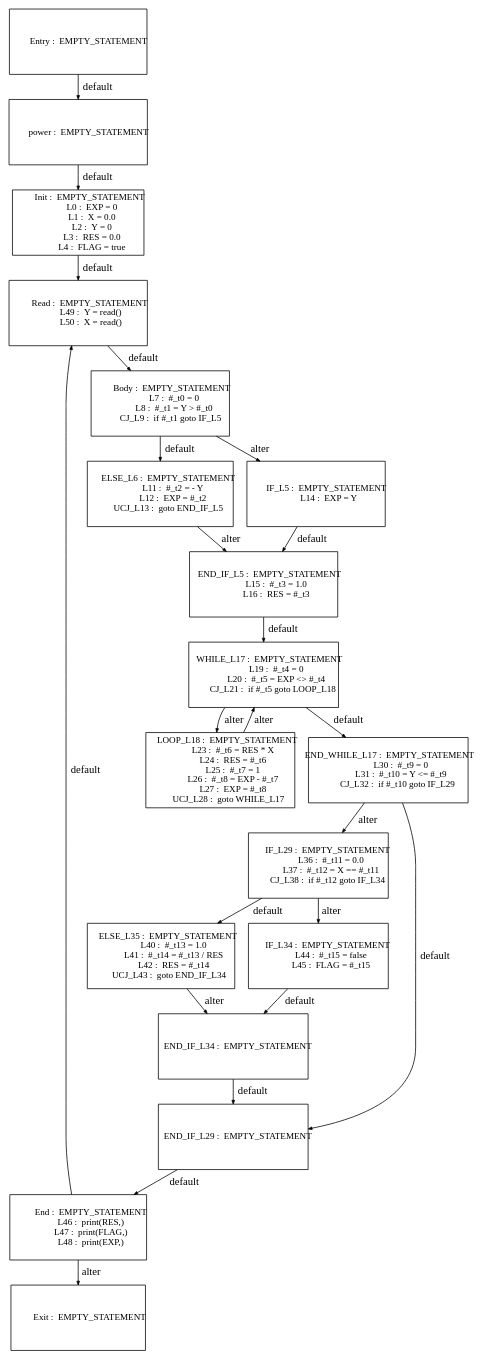
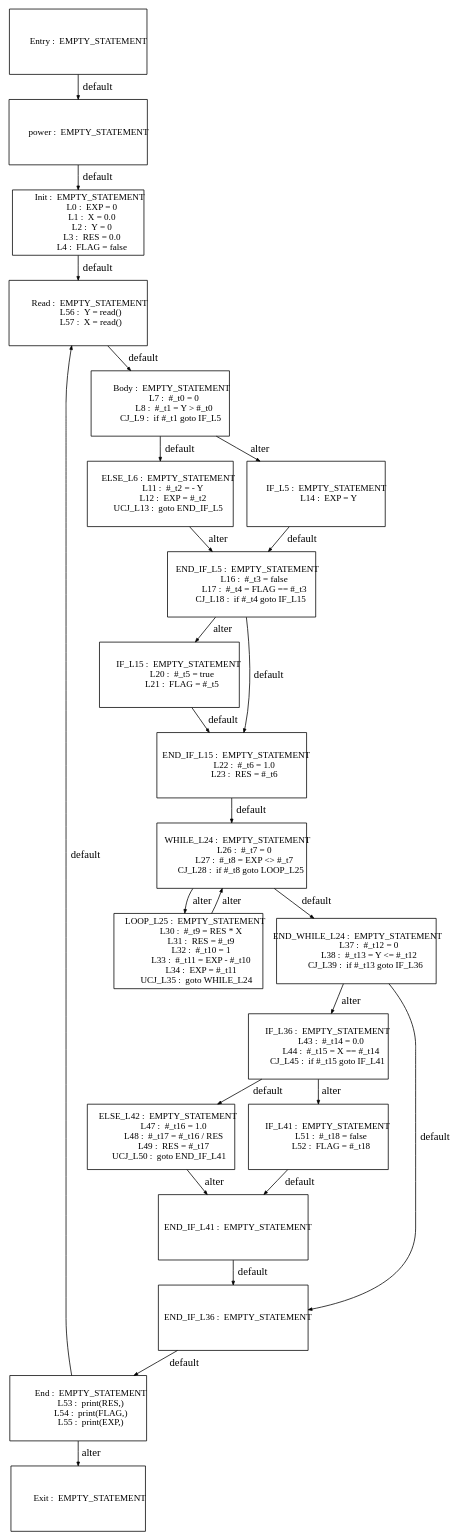
One commit to Geoffrey1014/ST_DSE changed the diagram in tests_programs/paper1_tests/power_output/Graph_CSE_0.dot. Above: the diagram before and after it, drawn with Graphviz. The commit also changed 26 other files, not shown here.

```diff
--- a/tests_programs/paper1_tests/power_output/Graph_CSE_0.dot
+++ b/tests_programs/paper1_tests/power_output/Graph_CSE_0.dot
@@ -9,7 +9,7 @@
              L1 :  X = 0.0
              L2 :  Y = 0
              L3 :  RES = 0.0
-             L4 :  FLAG = true
+             L4 :  FLAG = false
 "; "           Body :  EMPTY_STATEMENT
              L7 :  #_t0 = 0
              L8 :  #_t1 = Y > #_t0
@@ -21,46 +21,53 @@
 "; "          IF_L5 :  EMPTY_STATEMENT
             L14 :  EXP = Y
 "; "      END_IF_L5 :  EMPTY_STATEMENT
-            L15 :  #_t3 = 1.0
-            L16 :  RES = #_t3
-"; "      WHILE_L17 :  EMPTY_STATEMENT
-            L19 :  #_t4 = 0
-            L20 :  #_t5 = EXP <> #_t4
-         CJ_L21 :  if #_t5 goto LOOP_L18
-"; "       LOOP_L18 :  EMPTY_STATEMENT
-            L23 :  #_t6 = RES * X
-            L24 :  RES = #_t6
-            L25 :  #_t7 = 1
-            L26 :  #_t8 = EXP - #_t7
-            L27 :  EXP = #_t8
-        UCJ_L28 :  goto WHILE_L17
-"; "  END_WHILE_L17 :  EMPTY_STATEMENT
-            L30 :  #_t9 = 0
-            L31 :  #_t10 = Y <= #_t9
-         CJ_L32 :  if #_t10 goto IF_L29
-"; "         IF_L29 :  EMPTY_STATEMENT
-            L36 :  #_t11 = 0.0
-            L37 :  #_t12 = X == #_t11
-         CJ_L38 :  if #_t12 goto IF_L34
-"; "       ELSE_L35 :  EMPTY_STATEMENT
-            L40 :  #_t13 = 1.0
-            L41 :  #_t14 = #_t13 / RES
-            L42 :  RES = #_t14
-        UCJ_L43 :  goto END_IF_L34
-"; "         IF_L34 :  EMPTY_STATEMENT
-            L44 :  #_t15 = false
-            L45 :  FLAG = #_t15
-"; "     END_IF_L34 :  EMPTY_STATEMENT
-"; "     END_IF_L29 :  EMPTY_STATEMENT
+            L16 :  #_t3 = false
+            L17 :  #_t4 = FLAG == #_t3
+         CJ_L18 :  if #_t4 goto IF_L15
+"; "         IF_L15 :  EMPTY_STATEMENT
+            L20 :  #_t5 = true
+            L21 :  FLAG = #_t5
+"; "     END_IF_L15 :  EMPTY_STATEMENT
+            L22 :  #_t6 = 1.0
+            L23 :  RES = #_t6
+"; "      WHILE_L24 :  EMPTY_STATEMENT
+            L26 :  #_t7 = 0
+            L27 :  #_t8 = EXP <> #_t7
+         CJ_L28 :  if #_t8 goto LOOP_L25
+"; "       LOOP_L25 :  EMPTY_STATEMENT
+            L30 :  #_t9 = RES * X
+            L31 :  RES = #_t9
+            L32 :  #_t10 = 1
+            L33 :  #_t11 = EXP - #_t10
+            L34 :  EXP = #_t11
+        UCJ_L35 :  goto WHILE_L24
+"; "  END_WHILE_L24 :  EMPTY_STATEMENT
+            L37 :  #_t12 = 0
+            L38 :  #_t13 = Y <= #_t12
+         CJ_L39 :  if #_t13 goto IF_L36
+"; "         IF_L36 :  EMPTY_STATEMENT
+            L43 :  #_t14 = 0.0
+            L44 :  #_t15 = X == #_t14
+         CJ_L45 :  if #_t15 goto IF_L41
+"; "       ELSE_L42 :  EMPTY_STATEMENT
+            L47 :  #_t16 = 1.0
+            L48 :  #_t17 = #_t16 / RES
+            L49 :  RES = #_t17
+        UCJ_L50 :  goto END_IF_L41
+"; "         IF_L41 :  EMPTY_STATEMENT
+            L51 :  #_t18 = false
+            L52 :  FLAG = #_t18
+"; "     END_IF_L41 :  EMPTY_STATEMENT
+"; "     END_IF_L36 :  EMPTY_STATEMENT
 "; "          Entry :  EMPTY_STATEMENT
 "; "            End :  EMPTY_STATEMENT
-            L46 :  print(RES,)
-            L47 :  print(FLAG,)
-            L48 :  print(EXP,)
+            L53 :  print(RES,)
+            L54 :  print(FLAG,)
+            L55 :  print(EXP,)
+"; "           Read :  EMPTY_STATEMENT
+            L56 :  Y = read()
+            L57 :  X = read()
 "; "           Exit :  EMPTY_STATEMENT
-"; "           Read :  EMPTY_STATEMENT
-            L49 :  Y = read()
-            L50 :  X = read()
 "; 
   "          power :  EMPTY_STATEMENT
 " -> "           Init :  EMPTY_STATEMENT
@@ -68,17 +75,17 @@
              L1 :  X = 0.0
              L2 :  Y = 0
              L3 :  RES = 0.0
-             L4 :  FLAG = true
+             L4 :  FLAG = false
 "  [label="default"];
   "           Init :  EMPTY_STATEMENT
              L0 :  EXP = 0
              L1 :  X = 0.0
              L2 :  Y = 0
              L3 :  RES = 0.0
-             L4 :  FLAG = true
+             L4 :  FLAG = false
 " -> "           Read :  EMPTY_STATEMENT
-            L49 :  Y = read()
-            L50 :  X = read()
+            L56 :  Y = read()
+            L57 :  X = read()
 "  [label="default"];
   "           Body :  EMPTY_STATEMENT
              L7 :  #_t0 = 0
@@ -101,130 +108,155 @@
             L12 :  EXP = #_t2
         UCJ_L13 :  goto END_IF_L5
 " -> "      END_IF_L5 :  EMPTY_STATEMENT
-            L15 :  #_t3 = 1.0
-            L16 :  RES = #_t3
+            L16 :  #_t3 = false
+            L17 :  #_t4 = FLAG == #_t3
+         CJ_L18 :  if #_t4 goto IF_L15
 "  [label="alter"];
   "          IF_L5 :  EMPTY_STATEMENT
             L14 :  EXP = Y
 " -> "      END_IF_L5 :  EMPTY_STATEMENT
-            L15 :  #_t3 = 1.0
-            L16 :  RES = #_t3
+            L16 :  #_t3 = false
+            L17 :  #_t4 = FLAG == #_t3
+         CJ_L18 :  if #_t4 goto IF_L15
 "  [label="default"];
   "      END_IF_L5 :  EMPTY_STATEMENT
-            L15 :  #_t3 = 1.0
-            L16 :  RES = #_t3
-" -> "      WHILE_L17 :  EMPTY_STATEMENT
-            L19 :  #_t4 = 0
-            L20 :  #_t5 = EXP <> #_t4
-         CJ_L21 :  if #_t5 goto LOOP_L18
+            L16 :  #_t3 = false
+            L17 :  #_t4 = FLAG == #_t3
+         CJ_L18 :  if #_t4 goto IF_L15
+" -> "     END_IF_L15 :  EMPTY_STATEMENT
+            L22 :  #_t6 = 1.0
+            L23 :  RES = #_t6
 "  [label="default"];
-  "      WHILE_L17 :  EMPTY_STATEMENT
-            L19 :  #_t4 = 0
-            L20 :  #_t5 = EXP <> #_t4
-         CJ_L21 :  if #_t5 goto LOOP_L18
-" -> "  END_WHILE_L17 :  EMPTY_STATEMENT
-            L30 :  #_t9 = 0
-            L31 :  #_t10 = Y <= #_t9
-         CJ_L32 :  if #_t10 goto IF_L29
+  "      END_IF_L5 :  EMPTY_STATEMENT
+            L16 :  #_t3 = false
+            L17 :  #_t4 = FLAG == #_t3
+         CJ_L18 :  if #_t4 goto IF_L15
+" -> "         IF_L15 :  EMPTY_STATEMENT
+            L20 :  #_t5 = true
+            L21 :  FLAG = #_t5
+"  [label="alter"];
+  "         IF_L15 :  EMPTY_STATEMENT
+            L20 :  #_t5 = true
+            L21 :  FLAG = #_t5
+" -> "     END_IF_L15 :  EMPTY_STATEMENT
+            L22 :  #_t6 = 1.0
+            L23 :  RES = #_t6
 "  [label="default"];
-  "      WHILE_L17 :  EMPTY_STATEMENT
-            L19 :  #_t4 = 0
-            L20 :  #_t5 = EXP <> #_t4
-         CJ_L21 :  if #_t5 goto LOOP_L18
-" -> "       LOOP_L18 :  EMPTY_STATEMENT
-            L23 :  #_t6 = RES * X
-            L24 :  RES = #_t6
-            L25 :  #_t7 = 1
-            L26 :  #_t8 = EXP - #_t7
-            L27 :  EXP = #_t8
-        UCJ_L28 :  goto WHILE_L17
+  "     END_IF_L15 :  EMPTY_STATEMENT
+            L22 :  #_t6 = 1.0
+            L23 :  RES = #_t6
+" -> "      WHILE_L24 :  EMPTY_STATEMENT
+            L26 :  #_t7 = 0
+            L27 :  #_t8 = EXP <> #_t7
+         CJ_L28 :  if #_t8 goto LOOP_L25
+"  [label="default"];
+  "      WHILE_L24 :  EMPTY_STATEMENT
+            L26 :  #_t7 = 0
+            L27 :  #_t8 = EXP <> #_t7
+         CJ_L28 :  if #_t8 goto LOOP_L25
+" -> "  END_WHILE_L24 :  EMPTY_STATEMENT
+            L37 :  #_t12 = 0
+            L38 :  #_t13 = Y <= #_t12
+         CJ_L39 :  if #_t13 goto IF_L36
+"  [label="default"];
+  "      WHILE_L24 :  EMPTY_STATEMENT
+            L26 :  #_t7 = 0
+            L27 :  #_t8 = EXP <> #_t7
+         CJ_L28 :  if #_t8 goto LOOP_L25
+" -> "       LOOP_L25 :  EMPTY_STATEMENT
+            L30 :  #_t9 = RES * X
+            L31 :  RES = #_t9
+            L32 :  #_t10 = 1
+            L33 :  #_t11 = EXP - #_t10
+            L34 :  EXP = #_t11
+        UCJ_L35 :  goto WHILE_L24
 "  [label="alter"];
-  "       LOOP_L18 :  EMPTY_STATEMENT
-            L23 :  #_t6 = RES * X
-            L24 :  RES = #_t6
-            L25 :  #_t7 = 1
-            L26 :  #_t8 = EXP - #_t7
-            L27 :  EXP = #_t8
-        UCJ_L28 :  goto WHILE_L17
-" -> "      WHILE_L17 :  EMPTY_STATEMENT
-            L19 :  #_t4 = 0
-            L20 :  #_t5 = EXP <> #_t4
-         CJ_L21 :  if #_t5 goto LOOP_L18
+  "       LOOP_L25 :  EMPTY_STATEMENT
+            L30 :  #_t9 = RES * X
+            L31 :  RES = #_t9
+            L32 :  #_t10 = 1
+            L33 :  #_t11 = EXP - #_t10
+            L34 :  EXP = #_t11
+        UCJ_L35 :  goto WHILE_L24
+" -> "      WHILE_L24 :  EMPTY_STATEMENT
+            L26 :  #_t7 = 0
+            L27 :  #_t8 = EXP <> #_t7
+         CJ_L28 :  if #_t8 goto LOOP_L25
 "  [label="alter"];
-  "  END_WHILE_L17 :  EMPTY_STATEMENT
-            L30 :  #_t9 = 0
-            L31 :  #_t10 = Y <= #_t9
-         CJ_L32 :  if #_t10 goto IF_L29
-" -> "     END_IF_L29 :  EMPTY_STATEMENT
+  "  END_WHILE_L24 :  EMPTY_STATEMENT
+            L37 :  #_t12 = 0
+            L38 :  #_t13 = Y <= #_t12
+         CJ_L39 :  if #_t13 goto IF_L36
+" -> "     END_IF_L36 :  EMPTY_STATEMENT
 "  [label="default"];
-  "  END_WHILE_L17 :  EMPTY_STATEMENT
-            L30 :  #_t9 = 0
-            L31 :  #_t10 = Y <= #_t9
-         CJ_L32 :  if #_t10 goto IF_L29
-" -> "         IF_L29 :  EMPTY_STATEMENT
-            L36 :  #_t11 = 0.0
-            L37 :  #_t12 = X == #_t11
-         CJ_L38 :  if #_t12 goto IF_L34
+  "  END_WHILE_L24 :  EMPTY_STATEMENT
+            L37 :  #_t12 = 0
+            L38 :  #_t13 = Y <= #_t12
+         CJ_L39 :  if #_t13 goto IF_L36
+" -> "         IF_L36 :  EMPTY_STATEMENT
+            L43 :  #_t14 = 0.0
+            L44 :  #_t15 = X == #_t14
+         CJ_L45 :  if #_t15 goto IF_L41
 "  [label="alter"];
-  "         IF_L29 :  EMPTY_STATEMENT
-            L36 :  #_t11 = 0.0
-            L37 :  #_t12 = X == #_t11
-         CJ_L38 :  if #_t12 goto IF_L34
-" -> "       ELSE_L35 :  EMPTY_STATEMENT
-            L40 :  #_t13 = 1.0
-            L41 :  #_t14 = #_t13 / RES
-            L42 :  RES = #_t14
-        UCJ_L43 :  goto END_IF_L34
+  "         IF_L36 :  EMPTY_STATEMENT
+            L43 :  #_t14 = 0.0
+            L44 :  #_t15 = X == #_t14
+         CJ_L45 :  if #_t15 goto IF_L41
+" -> "       ELSE_L42 :  EMPTY_STATEMENT
+            L47 :  #_t16 = 1.0
+            L48 :  #_t17 = #_t16 / RES
+            L49 :  RES = #_t17
+        UCJ_L50 :  goto END_IF_L41
 "  [label="default"];
-  "         IF_L29 :  EMPTY_STATEMENT
-            L36 :  #_t11 = 0.0
-            L37 :  #_t12 = X == #_t11
-         CJ_L38 :  if #_t12 goto IF_L34
-" -> "         IF_L34 :  EMPTY_STATEMENT
-            L44 :  #_t15 = false
-            L45 :  FLAG = #_t15
+  "         IF_L36 :  EMPTY_STATEMENT
+            L43 :  #_t14 = 0.0
+            L44 :  #_t15 = X == #_t14
+         CJ_L45 :  if #_t15 goto IF_L41
+" -> "         IF_L41 :  EMPTY_STATEMENT
+            L51 :  #_t18 = false
+            L52 :  FLAG = #_t18
 "  [label="alter"];
-  "       ELSE_L35 :  EMPTY_STATEMENT
-            L40 :  #_t13 = 1.0
-            L41 :  #_t14 = #_t13 / RES
-            L42 :  RES = #_t14
-        UCJ_L43 :  goto END_IF_L34
-" -> "     END_IF_L34 :  EMPTY_STATEMENT
+  "       ELSE_L42 :  EMPTY_STATEMENT
+            L47 :  #_t16 = 1.0
+            L48 :  #_t17 = #_t16 / RES
+            L49 :  RES = #_t17
+        UCJ_L50 :  goto END_IF_L41
+" -> "     END_IF_L41 :  EMPTY_STATEMENT
 "  [label="alter"];
-  "         IF_L34 :  EMPTY_STATEMENT
-            L44 :  #_t15 = false
-            L45 :  FLAG = #_t15
-" -> "     END_IF_L34 :  EMPTY_STATEMENT
+  "         IF_L41 :  EMPTY_STATEMENT
+            L51 :  #_t18 = false
+            L52 :  FLAG = #_t18
+" -> "     END_IF_L41 :  EMPTY_STATEMENT
 "  [label="default"];
-  "     END_IF_L34 :  EMPTY_STATEMENT
-" -> "     END_IF_L29 :  EMPTY_STATEMENT
+  "     END_IF_L41 :  EMPTY_STATEMENT
+" -> "     END_IF_L36 :  EMPTY_STATEMENT
 "  [label="default"];
-  "     END_IF_L29 :  EMPTY_STATEMENT
+  "     END_IF_L36 :  EMPTY_STATEMENT
 " -> "            End :  EMPTY_STATEMENT
-            L46 :  print(RES,)
-            L47 :  print(FLAG,)
-            L48 :  print(EXP,)
+            L53 :  print(RES,)
+            L54 :  print(FLAG,)
+            L55 :  print(EXP,)
 "  [label="default"];
   "          Entry :  EMPTY_STATEMENT
 " -> "          power :  EMPTY_STATEMENT
 "  [label="default"];
   "            End :  EMPTY_STATEMENT
-            L46 :  print(RES,)
-            L47 :  print(FLAG,)
-            L48 :  print(EXP,)
+            L53 :  print(RES,)
+            L54 :  print(FLAG,)
+            L55 :  print(EXP,)
 " -> "           Read :  EMPTY_STATEMENT
-            L49 :  Y = read()
-            L50 :  X = read()
+            L56 :  Y = read()
+            L57 :  X = read()
 "  [label="default"];
   "            End :  EMPTY_STATEMENT
-            L46 :  print(RES,)
-            L47 :  print(FLAG,)
-            L48 :  print(EXP,)
+            L53 :  print(RES,)
+            L54 :  print(FLAG,)
+            L55 :  print(EXP,)
 " -> "           Exit :  EMPTY_STATEMENT
 "  [label="alter"];
   "           Read :  EMPTY_STATEMENT
-            L49 :  Y = read()
-            L50 :  X = read()
+            L56 :  Y = read()
+            L57 :  X = read()
 " -> "           Body :  EMPTY_STATEMENT
              L7 :  #_t0 = 0
              L8 :  #_t1 = Y > #_t0
```
